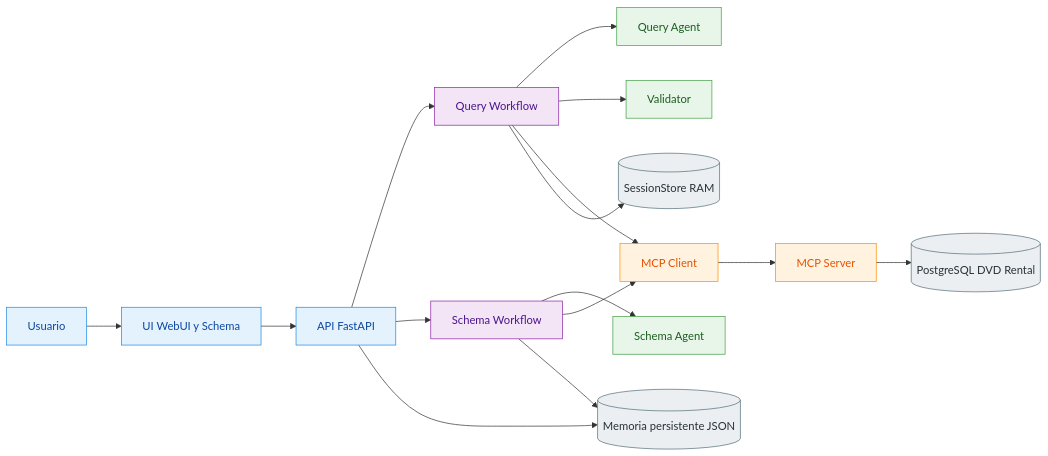
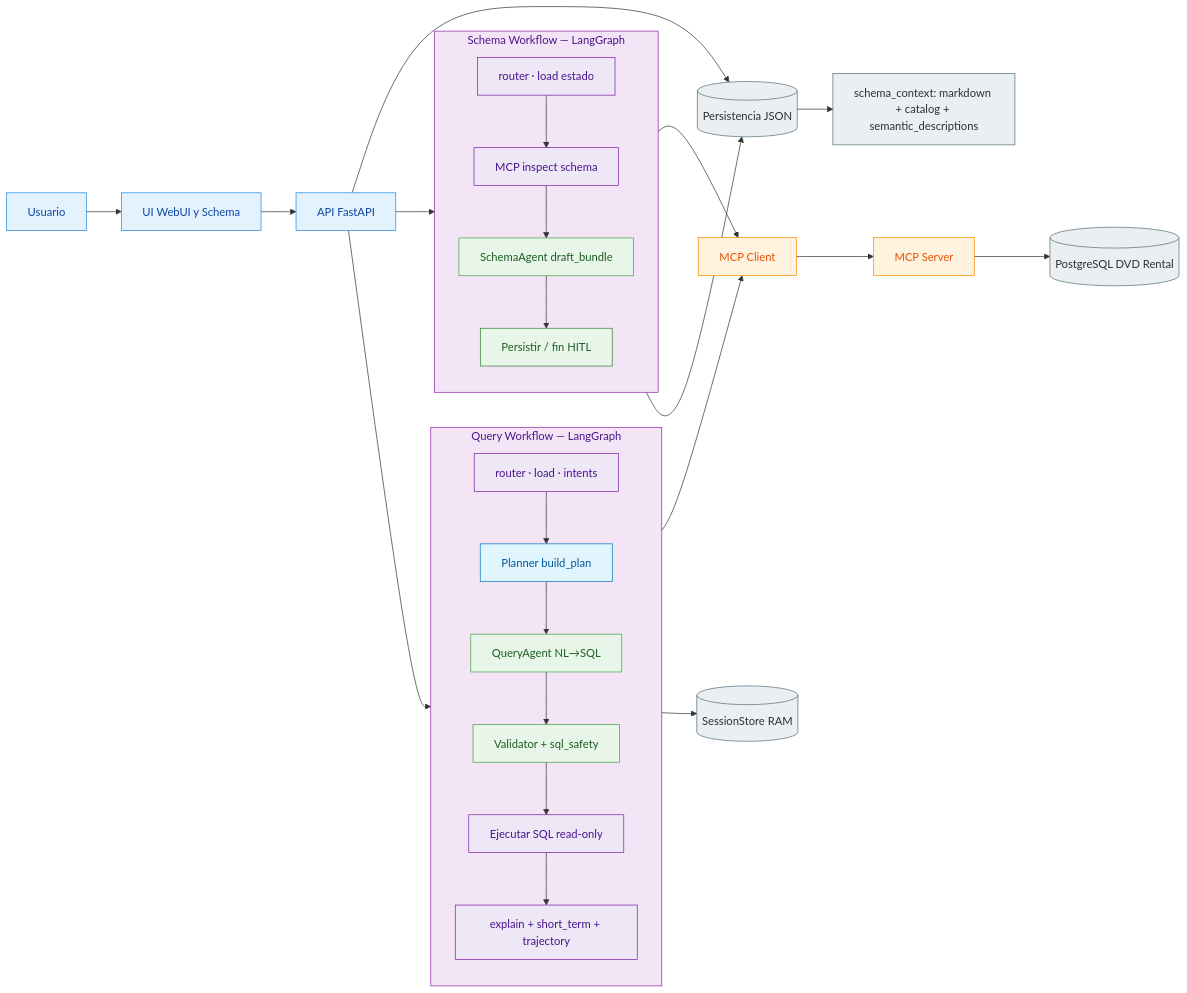
Before and after one commit to boullo2002/TP-multiagentes: the first of 3 diagrams in README.md, drawn with Mermaid. The commit also changed other lines of this file and 2 other files, not shown here.

Commit message:
Revise architecture diagrams and README
Restructure architecture docs and README to reflect workflow-level changes: convert Query and Schema workflows into LangGraph subgraphs, introduce planner (build_plan) and explicit query_plan/use in QueryAgent, and surface SchemaAgent draft_bundle and semantic_descriptions. Update mermaid graphs to show router/load entry points, HITL resume flow, session persistence (SessionStore RAM), MCP client/server interactions, and adjusted classDef names/styles. Modified files: README.md, docs/diagrams/architecture.md, docs/diagrams/architecture.mmd.

````diff
--- a/README.md
+++ b/README.md
@@ -14,33 +18,53 @@
 ```mermaid
 flowchart LR
     U[Usuario] --> UI[UI WebUI y Schema]
     UI --> API[API FastAPI]
 
-    API --> QW[Query Workflow]
-    API --> SW[Schema Workflow]
+    subgraph QW[Query Workflow — LangGraph]
+        direction TB
+        Q0[router · load · intents] --> PL[Planner build_plan]
+        PL --> QA[QueryAgent NL→SQL]
+        QA --> VAL[Validator + sql_safety]
+        VAL --> QEX[Ejecutar SQL read-only]
+        QEX --> QXP[explain + short_term + trajectory]
+    end
 
-    QW --> QA[Query Agent]
-    QW --> VAL[Validator]
-    SW --> SA[Schema Agent]
+    subgraph SW[Schema Workflow — LangGraph]
+        direction TB
+        S0[router · load estado] --> SIN[MCP inspect schema]
+        SIN --> SDR[SchemaAgent draft_bundle]
+        SDR --> SPE[Persistir / fin HITL]
+    end
 
-    QW --> MCPC[MCP Client]
-    SW --> MCPC
+    API --> Q0
+    API --> S0
+
+    SIN --> MCPC[MCP Client]
+    QEX --> MCPC
     MCPC --> MCPS[MCP Server]
     MCPS --> DB[(PostgreSQL DVD Rental)]
 
-    API --> P[(Memoria persistente JSON)]
-    QW --> S[(SessionStore RAM)]
-    SW --> P
+    API --> P[(Persistencia JSON)]
+    SPE --> P
+    QXP --> SESS[(SessionStore RAM)]
+
+    P --> CTX[schema_context: markdown + catalog + semantic_descriptions]
 
     classDef ext fill:#E3F2FD,stroke:#1E88E5,color:#0D47A1,stroke-width:1px;
-    classDef workflow fill:#F3E5F5,stroke:#8E24AA,color:#4A148C,stroke-width:1px;
+    classDef subgraphBox fill:#F3E5F5,stroke:#8E24AA,color:#4A148C,stroke-width:1px;
+    classDef step fill:#EDE7F6,stroke:#7B1FA2,color:#4A148C,stroke-width:1px;
     classDef agent fill:#E8F5E9,stroke:#43A047,color:#1B5E20,stroke-width:1px;
+    classDef planner fill:#E1F5FE,stroke:#0277BD,color:#01579B,stroke-width:1px;
     classDef mcp fill:#FFF3E0,stroke:#FB8C00,color:#E65100,stroke-width:1px;
     classDef data fill:#ECEFF1,stroke:#546E7A,color:#263238,stroke-width:1px;
+    classDef persist fill:#E8F5E9,stroke:#2E7D32,color:#1B5E20,stroke-width:1px;
 
     class U,UI,API ext;
-    class QW,SW workflow;
-    class QA,VAL,SA agent;
+    class QW,SW subgraphBox;
+    class Q0,QEX,QXP,S0,SIN step;
+    class QA,VAL,SDR agent;
+    class PL planner;
     class MCPC,MCPS mcp;
-    class DB,P,S data;
+    class DB,P,SESS,CTX data;
+    class SPE persist;
 ```
````
